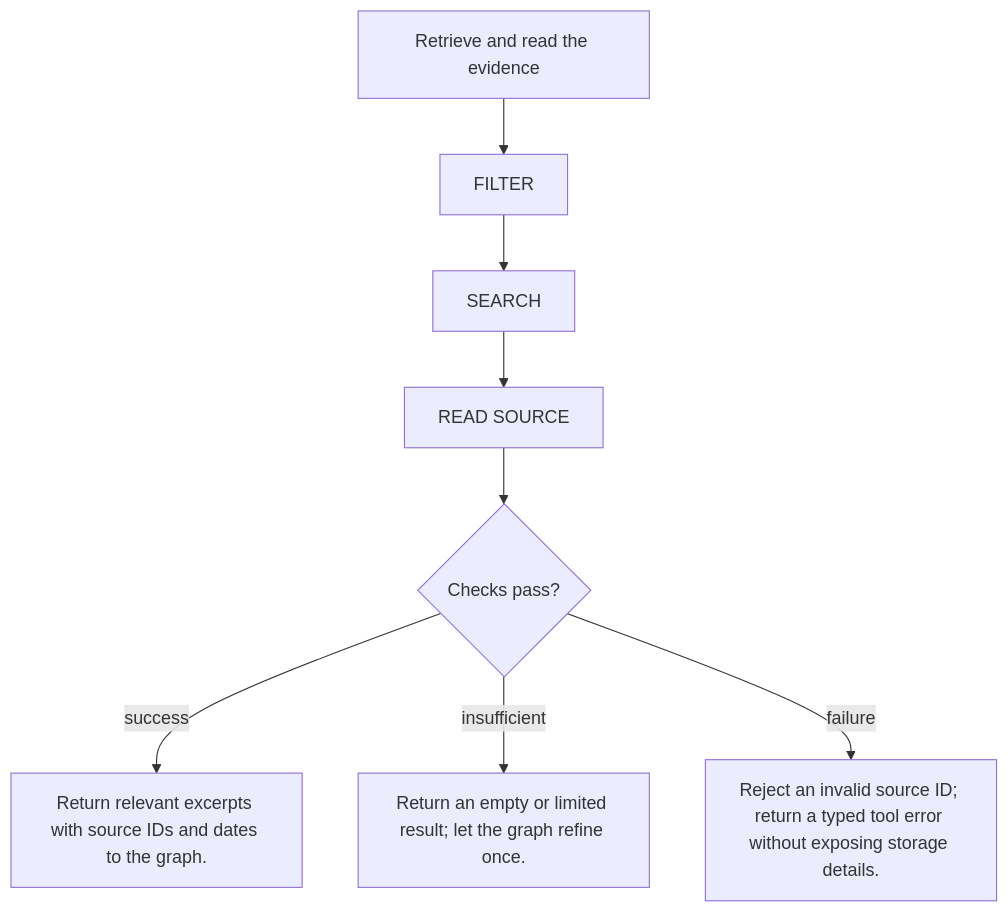
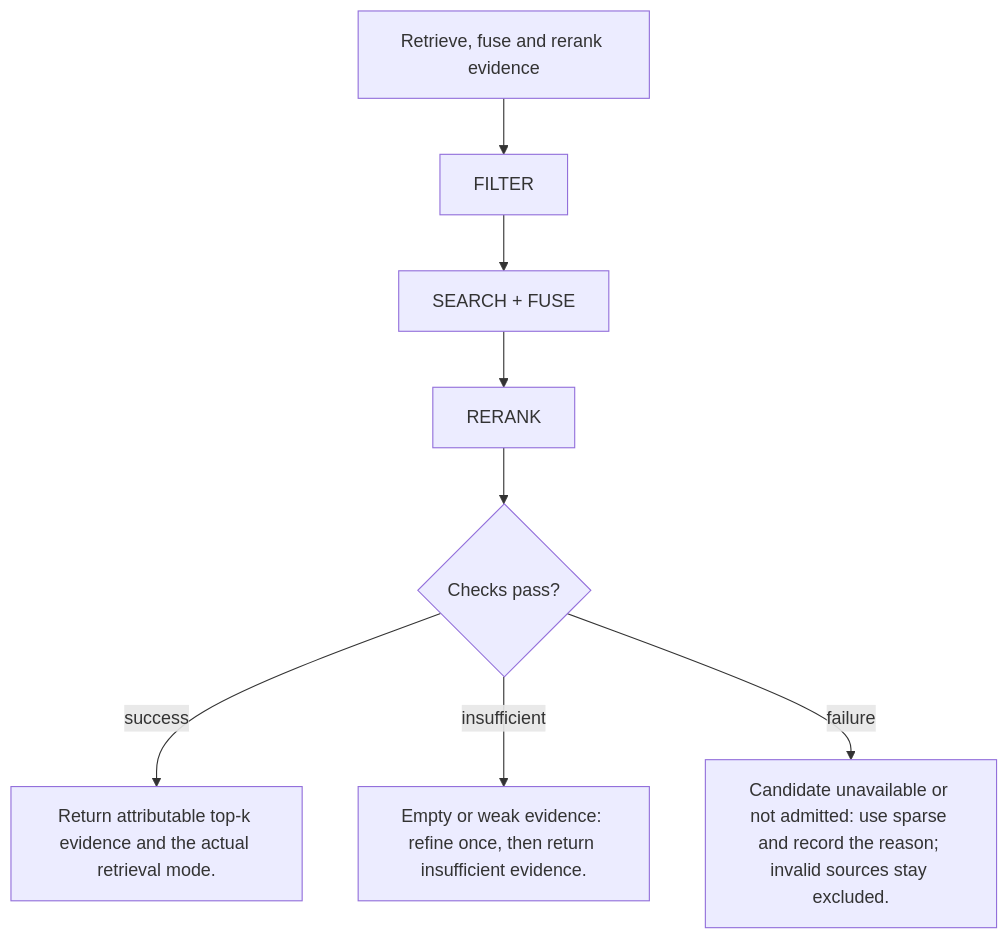
One commit to ByronHo68/ai-learning-academy changed the third of 11 diagrams in public/downloads/financial-report-development-proposal.md. Above: the diagram before and after it, drawn with Mermaid. The commit also changed other lines of this file and 36 other files, not shown here.

````diff
--- a/public/downloads/financial-report-development-proposal.md
+++ b/public/downloads/financial-report-development-proposal.md
@@ -589,14 +727,14 @@
 ```mermaid
 flowchart TD
-  input["Retrieve and read the evidence"]
+  input["Retrieve, fuse and rerank evidence"]
   s0["FILTER"]
   input --> s0
-  s1["SEARCH"]
+  s1["SEARCH + FUSE"]
   s0 --> s1
-  s2["READ SOURCE"]
+  s2["RERANK"]
   s1 --> s2
   s2 --> check{Checks pass?}
-  check -->|success| b0["Return relevant excerpts with source IDs and dates to the graph."]
-  check -->|insufficient| b1["Return an empty or limited result; let the graph refine once."]
-  check -->|failure| b2["Reject an invalid source ID; return a typed tool error without exposing storage details."]
+  check -->|success| b0["Return attributable top-k evidence and the actual retrieval mode."]
+  check -->|insufficient| b1["Empty or weak evidence: refine once, then return insufficient evidence."]
+  check -->|failure| b2["Candidate unavailable or not admitted: use sparse and record the reason; invalid sources stay excluded."]
 ```
````
